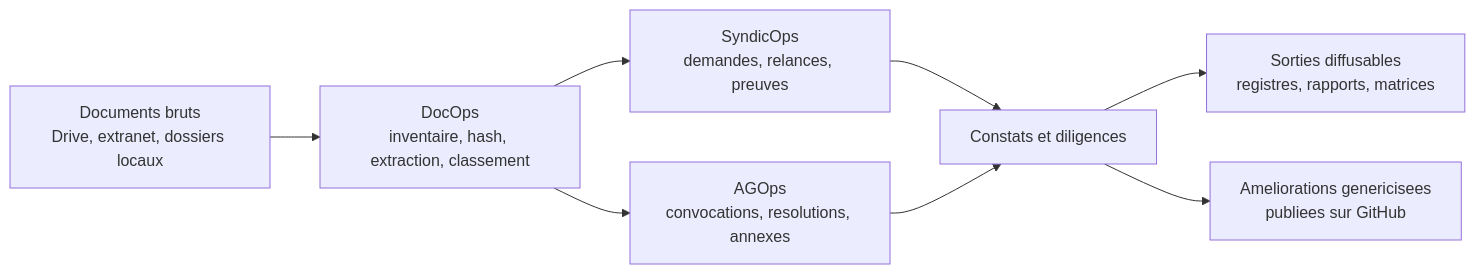
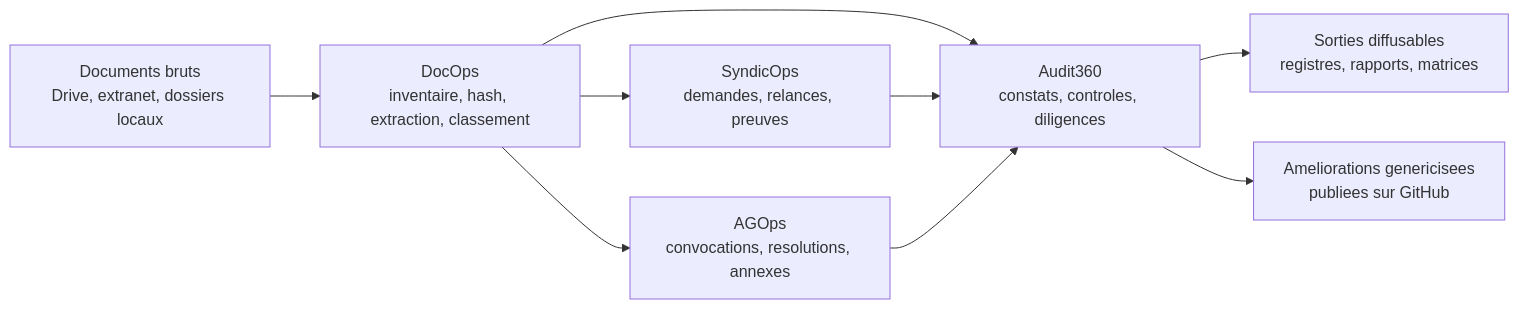
Before and after one commit to bthollet/CoproScope: the diagram in README.md, drawn with Mermaid. The commit also changed other lines of this file and 14 other files, not shown here.

````diff
--- a/README.md
+++ b/README.md
@@ -15,10 +15,11 @@
 ```mermaid
 flowchart LR
     A["Documents bruts<br/>Drive, extranet, dossiers locaux"] --> B["DocOps<br/>inventaire, hash, extraction, classement"]
     B --> C["SyndicOps<br/>demandes, relances, preuves"]
     B --> D["AGOps<br/>convocations, resolutions, annexes"]
-    C --> E["Constats et diligences"]
+    B --> E["Audit360<br/>constats, controles, diligences"]
+    C --> E
     D --> E
     E --> F["Sorties diffusables<br/>registres, rapports, matrices"]
     E --> G["Ameliorations genericisees<br/>publiees sur GitHub"]
 ```
````
